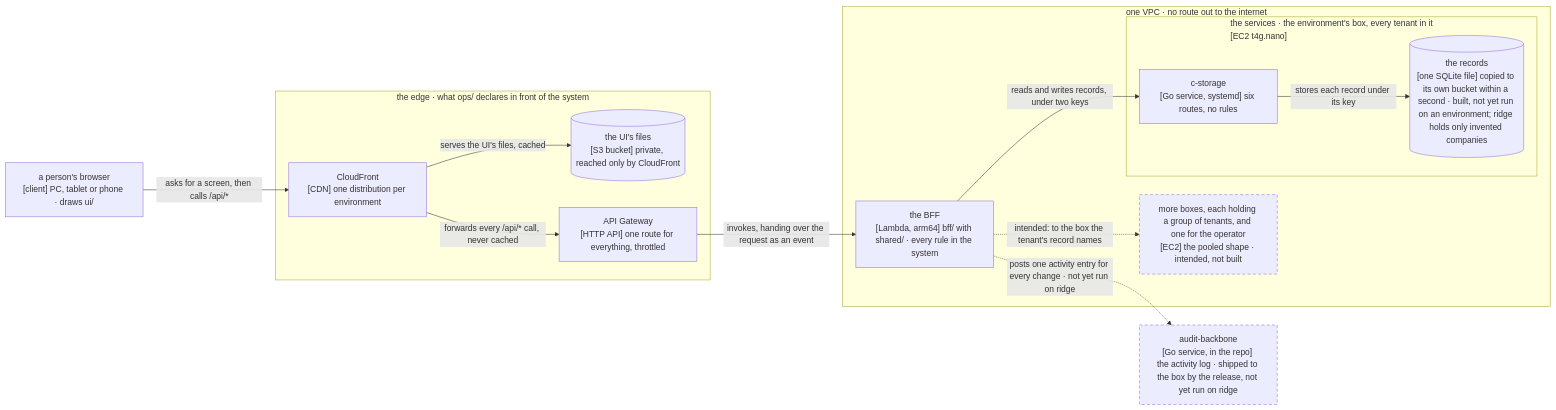
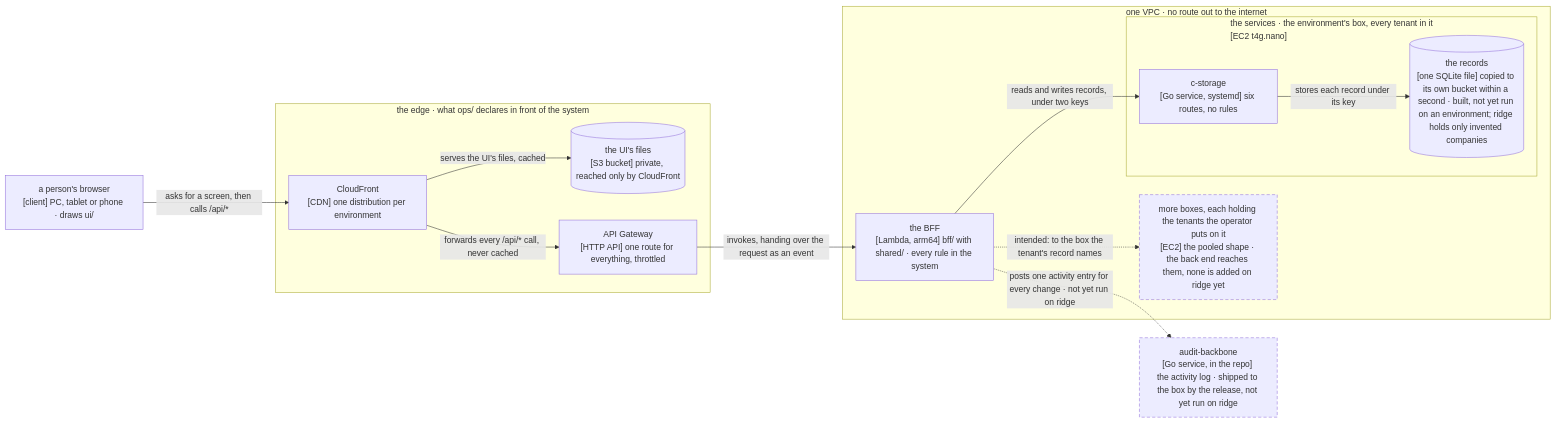
One commit to ancJ29/credo changed the diagram in docs/architecture.md. Above: the diagram before and after it, drawn with Mermaid. The commit also changed other lines of this file and 6 other files, not shown here.

Commit message:
docs,walk: the pooled sections true to what is built, the boxes' mask over the figures alone (pooled shape, step 5)

````diff
--- a/docs/architecture.md
+++ b/docs/architecture.md
@@ -20,28 +20,28 @@
 ```mermaid
 flowchart LR
   browser["a person's browser<br/>[client] PC, tablet or phone · draws ui/"]
   subgraph edge["the edge · what ops/ declares in front of the system"]
     cdn["CloudFront<br/>[CDN] one distribution per environment"]
     s3[("the UI's files<br/>[S3 bucket] private, reached only by CloudFront")]
     api["API Gateway<br/>[HTTP API] one route for everything, throttled"]
   end
   subgraph vpc["one VPC · no route out to the internet"]
     bff["the BFF<br/>[Lambda, arm64] bff/ with shared/ · every rule in the system"]
     subgraph box["the services · the environment's box, every tenant in it<br/>[EC2 t4g.nano]"]
       cs["c-storage<br/>[Go service, systemd] six routes, no rules"]
       db[("the records<br/>[one SQLite file] copied to its own bucket within a second · built, not yet run on an environment; ridge holds only invented companies")]
     end
-    more["more boxes, each holding a group of tenants, and one for the operator<br/>[EC2] the pooled shape · intended, not built"]
+    more["more boxes, each holding the tenants the operator puts on it<br/>[EC2] the pooled shape · the back end reaches them, none is added on ridge yet"]
   end
   ab["audit-backbone<br/>[Go service, in the repo] the activity log · shipped to the box by the release, not yet run on ridge"]
   browser -- "asks for a screen, then calls /api/*" --> cdn
   cdn -- "serves the UI's files, cached" --> s3
   cdn -- "forwards every /api/* call, never cached" --> api
   api -- "invokes, handing over the request as an event" --> bff
   bff -- "reads and writes records, under two keys" --> cs
   cs -- "stores each record under its key" --> db
   bff -. "posts one activity entry for every change · not yet run on ridge" .-> ab
   bff -. "intended: to the box the tenant's record names" .-> more
   classDef intended stroke-dasharray: 6 4
   class ab,more intended
 ```
````
